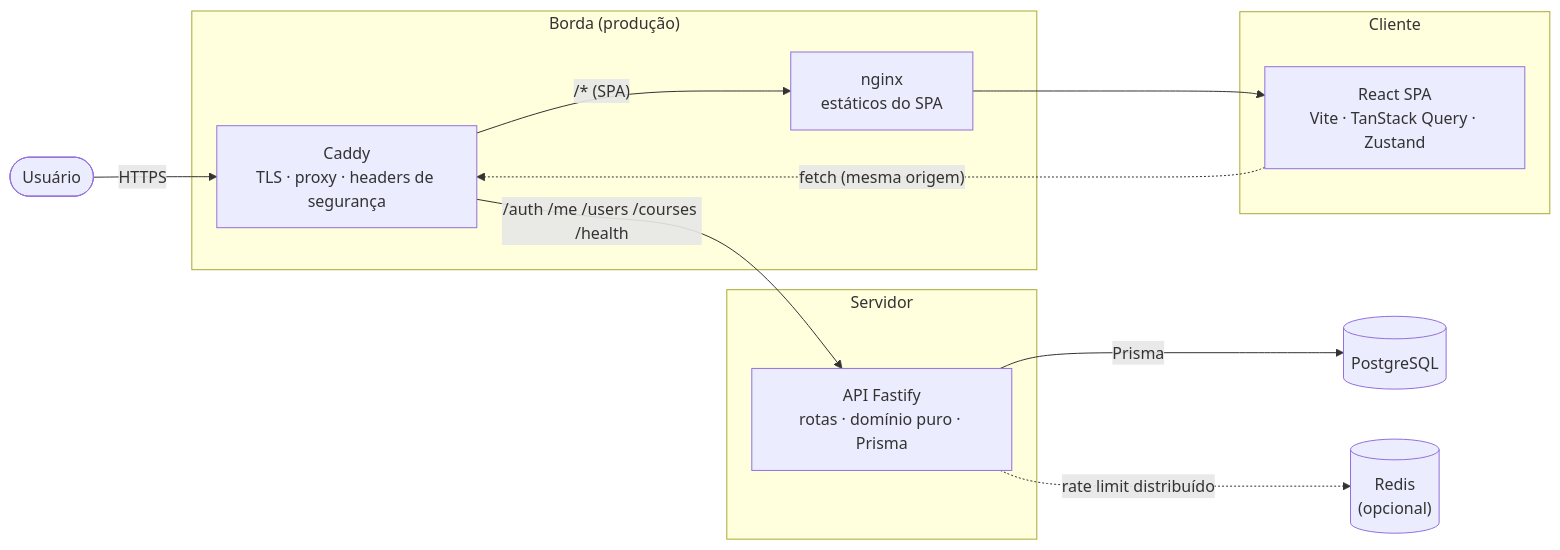
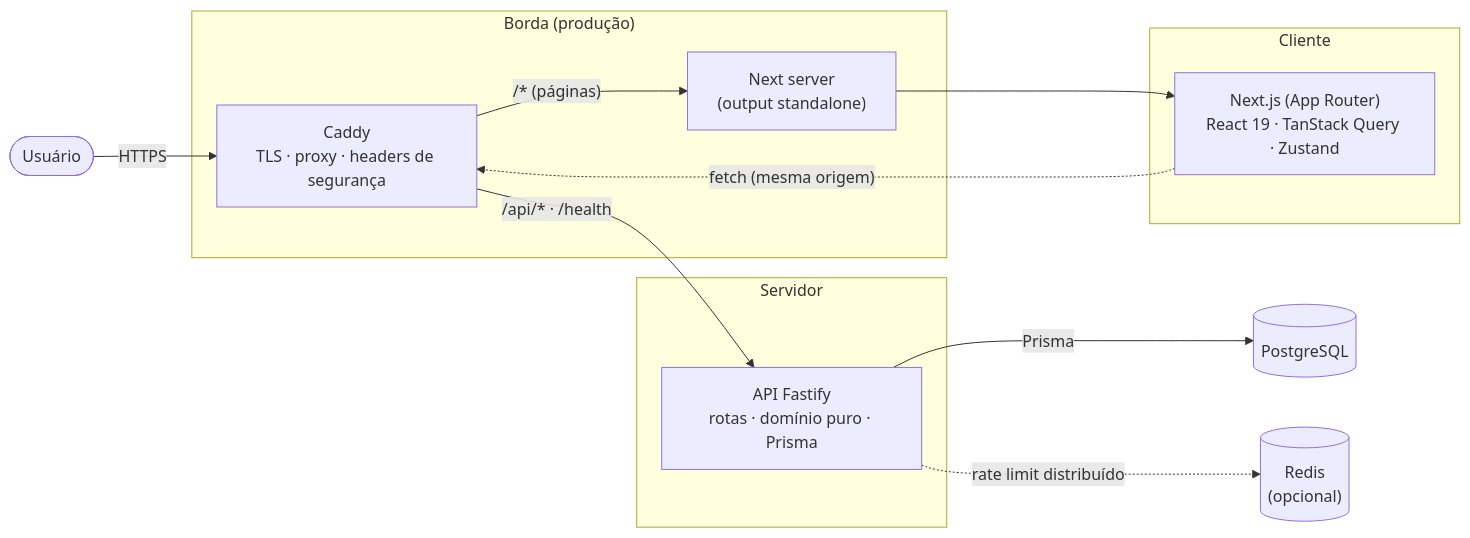
Before and after one commit to higorfs295/Painel_UFG: the first of 9 diagrams in docs/ARQUITETURA.md, drawn with Mermaid. The commit also changed other lines of this file and 36 other files, not shown here.

````diff
--- a/docs/ARQUITETURA.md
+++ b/docs/ARQUITETURA.md
@@ -21,24 +21,24 @@
 ```mermaid
 flowchart LR
   User([Usuário])
   subgraph Cliente
-    SPA["React SPA<br/>Vite · TanStack Query · Zustand"]
+    SPA["Next.js (App Router)<br/>React 19 · TanStack Query · Zustand"]
   end
   subgraph Edge["Borda (produção)"]
     Caddy["Caddy<br/>TLS · proxy · headers de segurança"]
-    Nginx["nginx<br/>estáticos do SPA"]
+    Next["Next server<br/>(output standalone)"]
   end
   subgraph Servidor
     API["API Fastify<br/>rotas · domínio puro · Prisma"]
   end
   DB[("PostgreSQL")]
   Redis[("Redis<br/>(opcional)")]
 
   User -->|HTTPS| Caddy
-  Caddy -->|"/auth /me /users /courses /health"| API
-  Caddy -->|"/* (SPA)"| Nginx
-  Nginx --> SPA
+  Caddy -->|"/api/* · /health"| API
+  Caddy -->|"/* (páginas)"| Next
+  Next --> SPA
   SPA -.->|"fetch (mesma origem)"| Caddy
   API -->|Prisma| DB
   API -.->|"rate limit distribuído"| Redis
 ```
````
